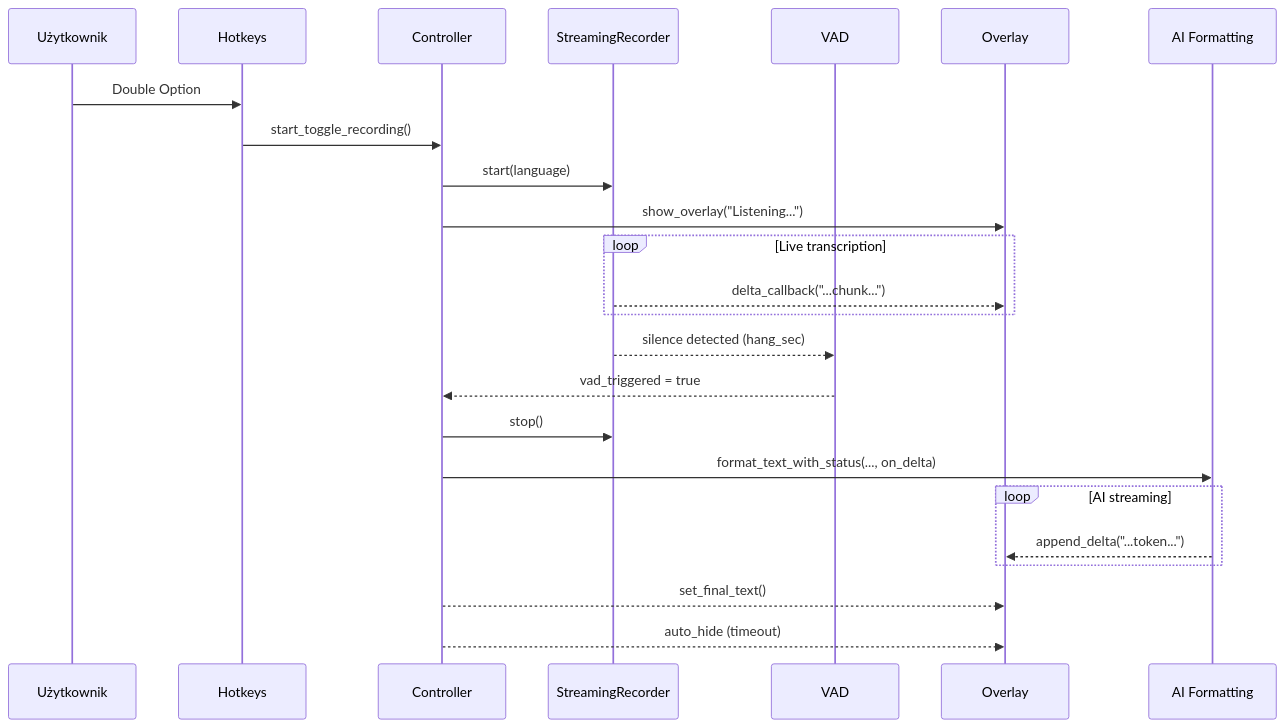
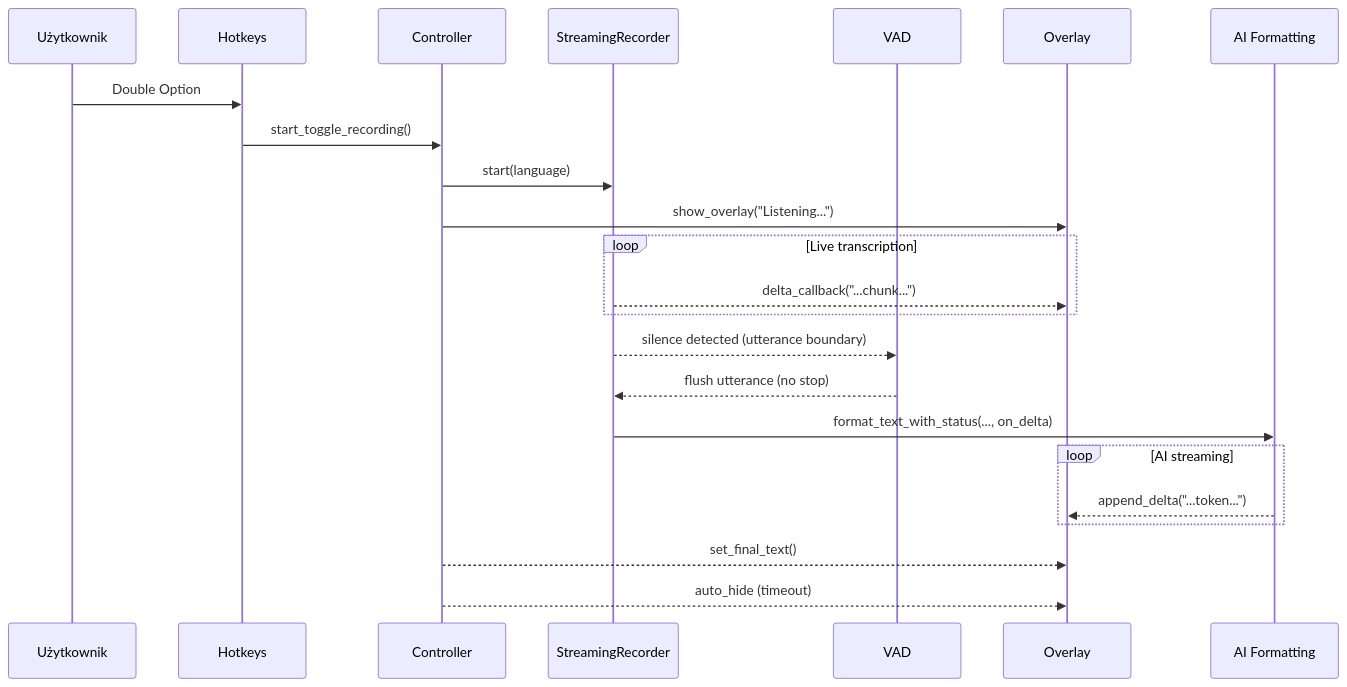
The second of 3 diagrams in docs/ADR/2026-01-26-OVERLAY_STREAMING.md (vetcoders/codescribe), drawn with Mermaid before and after one commit. The commit also changed 26 other files, not shown here.

First line of the commit message:
Remove legacy VAD auto-stop and related config/flags

````diff
--- a/docs/ADR/2026-01-26-OVERLAY_STREAMING.md
+++ b/docs/ADR/2026-01-26-OVERLAY_STREAMING.md
@@ -53,31 +53,30 @@
 ```mermaid
 sequenceDiagram
     participant User as Użytkownik
     participant HK as Hotkeys
     participant CTRL as Controller
     participant REC as StreamingRecorder
     participant VAD as VAD
     participant UI as Overlay
     participant LLM as AI Formatting
 
     User->>HK: Double Option
     HK->>CTRL: start_toggle_recording()
     CTRL->>REC: start(language)
     CTRL->>UI: show_overlay("Listening...")
 
     loop Live transcription
         REC-->>UI: delta_callback("...chunk...")
     end
 
-    REC-->>VAD: silence detected (hang_sec)
-    VAD-->>CTRL: vad_triggered = true
-    CTRL->>REC: stop()
-    CTRL->>LLM: format_text_with_status(..., on_delta)
+    REC-->>VAD: silence detected (utterance boundary)
+    VAD-->>REC: flush utterance (no stop)
+    REC->>LLM: format_text_with_status(..., on_delta)
 
     loop AI streaming
         LLM-->>UI: append_delta("...token...")
     end
 
     CTRL-->>UI: set_final_text()
     CTRL-->>UI: auto_hide (timeout)
 ```
````
